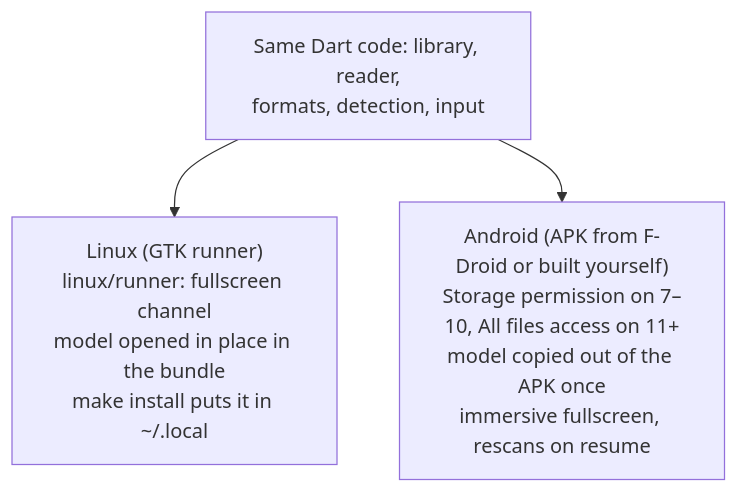
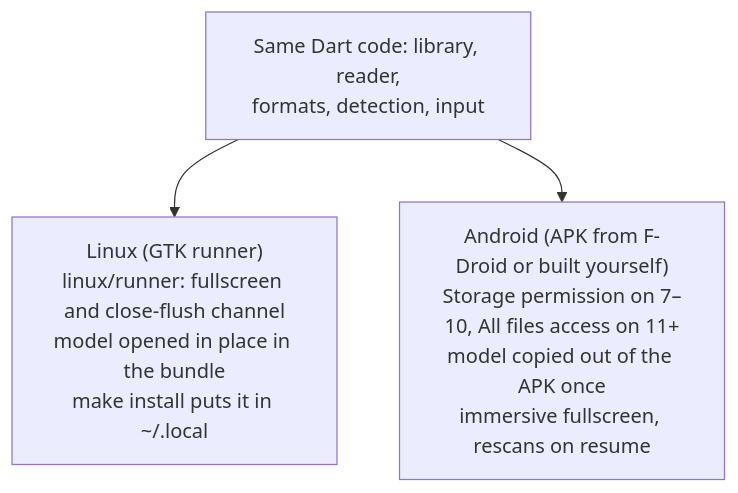
Before and after one commit to snonux/comicredr: diagram 11 of 11 in docs/architecture.md, drawn with Mermaid. The commit also changed other lines of this file and 6 other files, not shown here.

Commit message:
Flush reader before Linux window close (7b3)

````diff
--- a/docs/architecture.md
+++ b/docs/architecture.md
@@ -479,6 +479,6 @@
 ```mermaid
 flowchart TB
   dart["Same Dart code: library, reader,<br/>formats, detection, input"]
-  dart --> linux["Linux (GTK runner)<br/>linux/runner: fullscreen channel<br/>model opened in place in the bundle<br/>make install puts it in ~/.local"]
+  dart --> linux["Linux (GTK runner)<br/>linux/runner: fullscreen and close-flush channel<br/>model opened in place in the bundle<br/>make install puts it in ~/.local"]
   dart --> android["Android (APK from F-Droid or built yourself)<br/>Storage permission on 7–10, All files access on 11+<br/>model copied out of the APK once<br/>immersive fullscreen, rescans on resume"]
 ```
````
